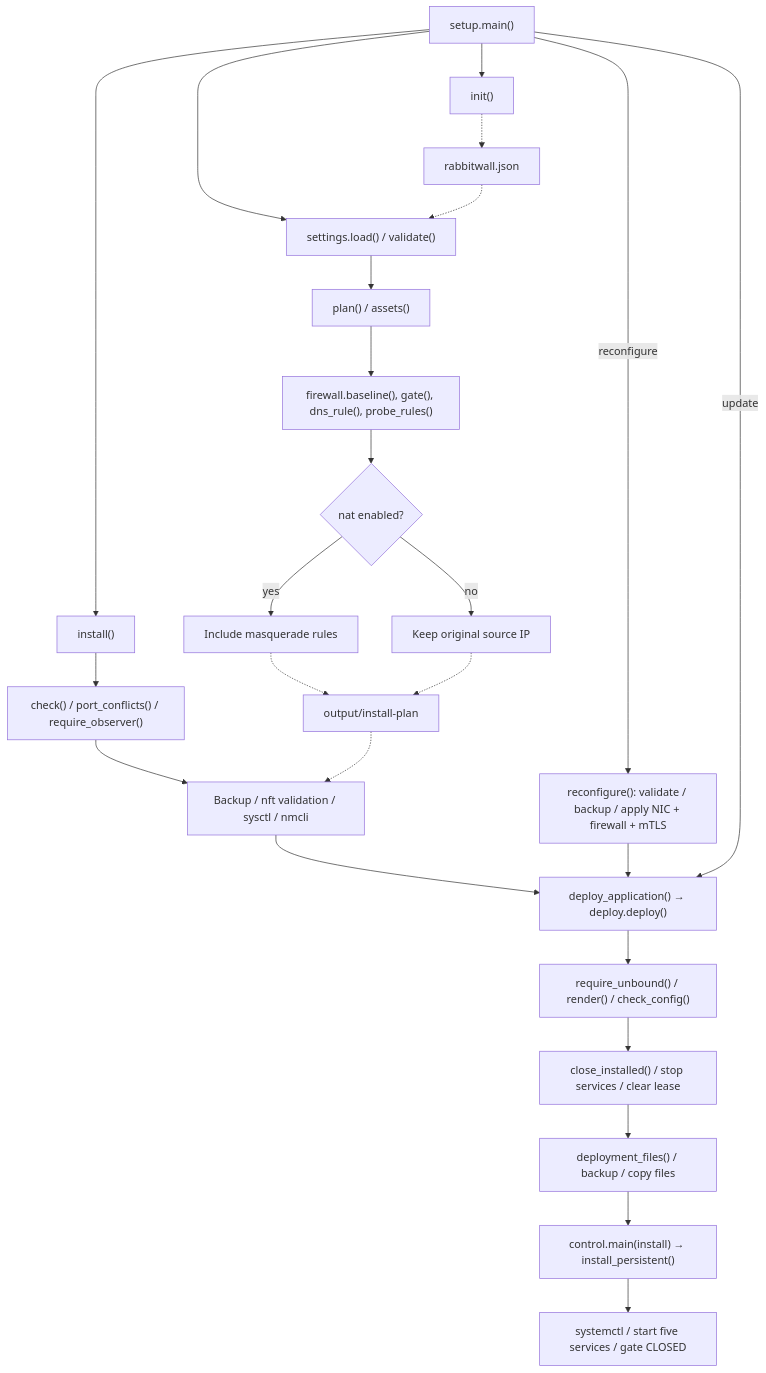
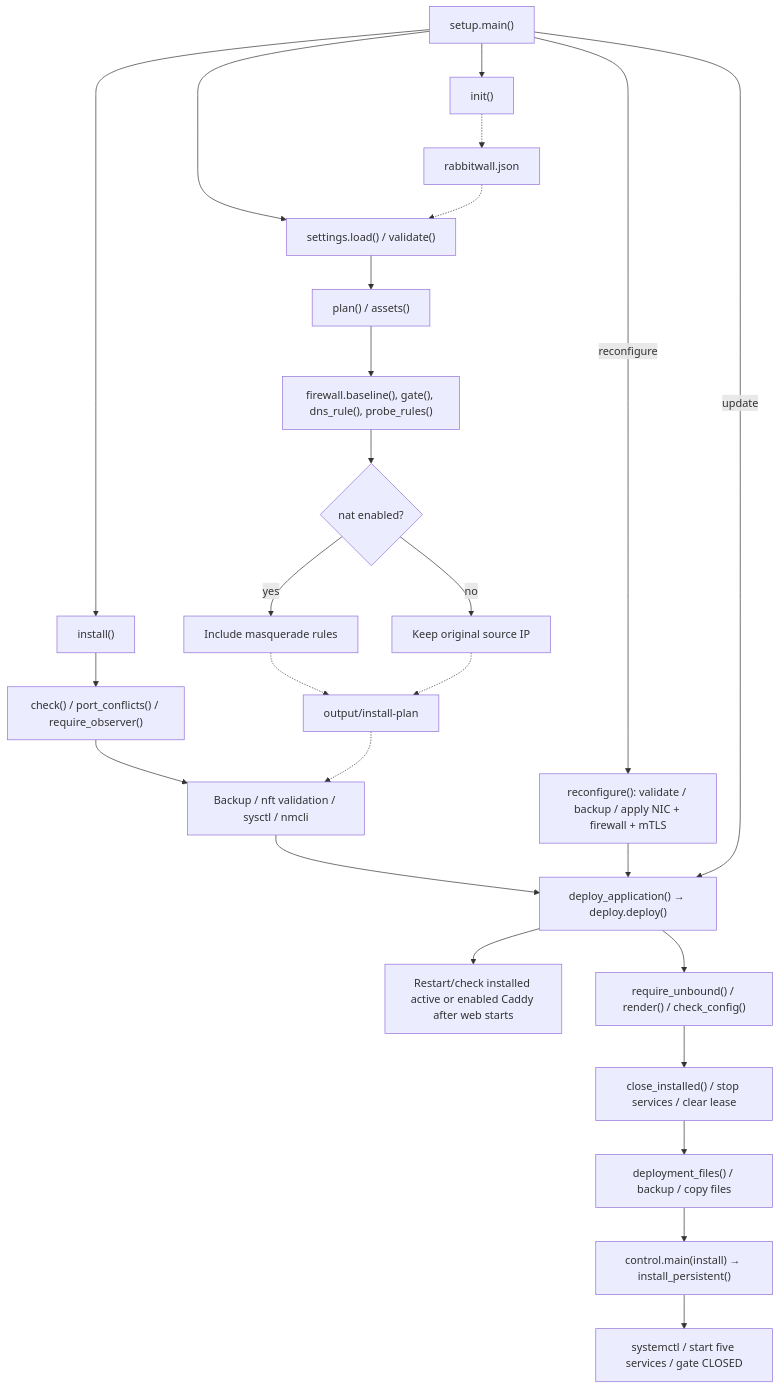
The second of 7 diagrams in docs/PROGRAM_FLOW.ja.md (tao-munakata/RabbitWall), drawn with Mermaid before and after one commit. The commit also changed other lines of this file and 26 other files, not shown here.

Commit message:
Add node management UI and independent access policies; restore Caddy after updates

````diff
--- a/docs/PROGRAM_FLOW.ja.md
+++ b/docs/PROGRAM_FLOW.ja.md
@@ -33,27 +35,28 @@
 ```mermaid
 flowchart TB
     Main["setup.main()"] --> Init["init()"]
     Init -.-> Config["rabbitwall.json"]
     Main --> Load["settings.load() / validate()"]
     Config -.-> Load
     Load --> Plan["plan() / assets()"]
     Plan --> Rules["firewall.baseline(), gate(), dns_rule(), probe_rules()"]
     Rules --> NAT{"nat enabled?"}
     NAT -->|yes| Masq["Include masquerade rules"]
     NAT -->|no| Routed["Keep original source IP"]
     Masq -.-> Files["output/install-plan"]
     Routed -.-> Files
     Main --> Install["install()"]
     Install --> Check["check() / port_conflicts() / require_observer()"]
     Check --> Apply["Backup / nft validation / sysctl / nmcli"]
     Files -.-> Apply
     Apply --> Deploy["deploy_application() → deploy.deploy()"]
     Main -->|reconfigure| Reconfigure["reconfigure(): validate / backup / apply NIC + firewall + mTLS"]
     Reconfigure --> Deploy
     Main -->|update| Deploy
+    Deploy --> HTTPS["Restart/check installed active or enabled Caddy after web starts"]
     Deploy --> DNSCheck["require_unbound() / render() / check_config()"]
     DNSCheck --> Close["close_installed() / stop services / clear lease"]
     Close --> Copy["deployment_files() / backup / copy files"]
     Copy --> Persist["control.main(install) → install_persistent()"]
     Persist --> Start["systemctl / start five services / gate CLOSED"]
 ```
````
